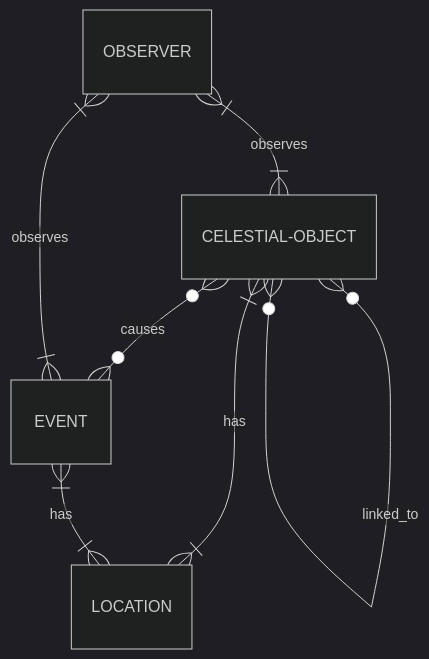
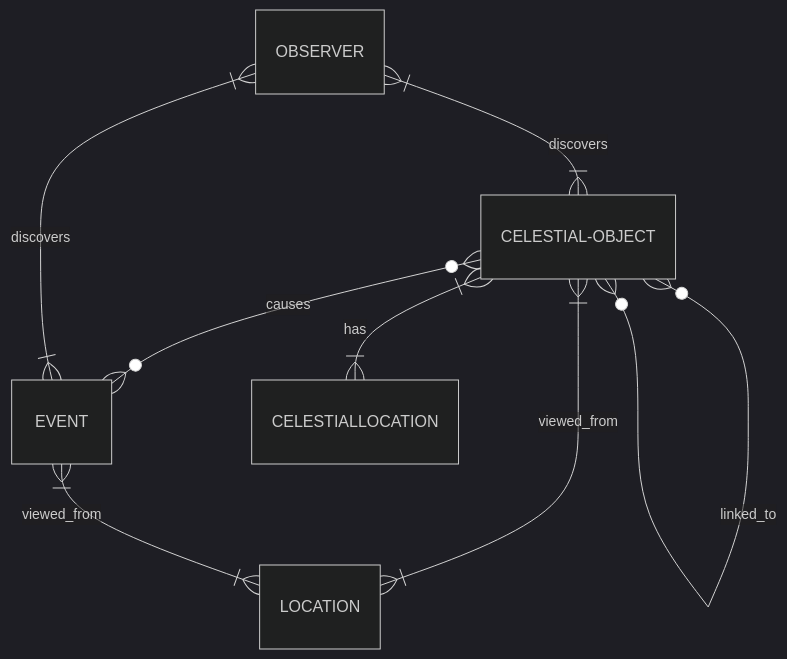
One commit to cmsc-vcu/cmsc508-fa2023-prj-astronomy_database_group53 changed the first of 2 diagrams in reports/projectOverview.qmd. Above: the diagram before and after it, drawn with Mermaid. The commit also changed other lines of this file and 1 other file, not shown here.

````diff
--- a/reports/projectOverview.qmd
+++ b/reports/projectOverview.qmd
@@ -54,10 +54,11 @@
 ```{mermaid}
 %%{init: {'theme':'dark'}}%%
 erDiagram
     CELESTIAL-OBJECT }o--o{ EVENT : causes
     CELESTIAL-OBJECT }o--o{ CELESTIAL-OBJECT : linked_to
-    OBSERVER }|--|{ CELESTIAL-OBJECT : observes
-    OBSERVER }|--|{ EVENT : observes
-    CELESTIAL-OBJECT }|--|{ LOCATION : has
-    EVENT }|--|{ LOCATION : has
+    OBSERVER }|--|{ CELESTIAL-OBJECT : discovers
+    OBSERVER }|--|{ EVENT : discovers
+    CELESTIAL-OBJECT }|--|{ LOCATION : viewed_from
+    CELESTIAL-OBJECT }|--|{ CELESTIALLOCATION : has
+    EVENT }|--|{ LOCATION : viewed_from
 ```
````
